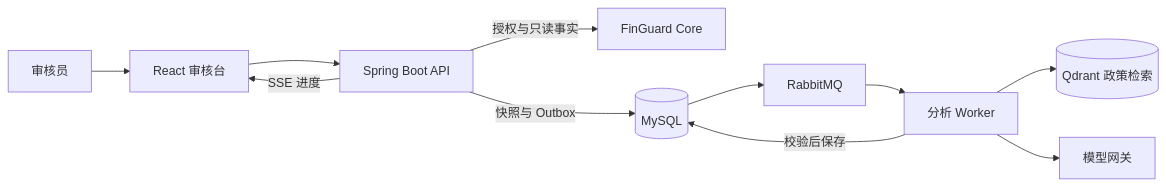
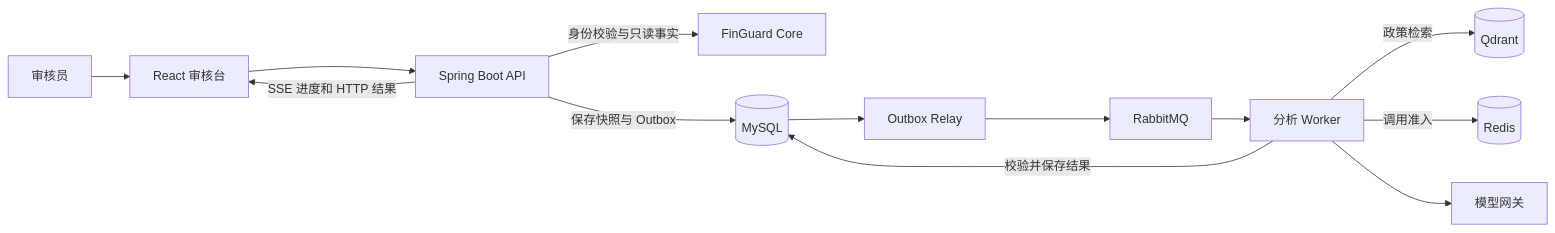
One commit to jkwang1129/finguard-copilot changed the diagram in README.md. Above: the diagram before and after it, drawn with Mermaid. The commit also changed other lines of this file and 1 other file, not shown here.

````diff
--- a/README.md
+++ b/README.md
@@ -32,13 +13,15 @@
 ```mermaid
 flowchart LR
     Reviewer[审核员] --> UI[React 审核台]
     UI --> API[Spring Boot API]
-    API -->|授权与只读事实| Core[FinGuard Core]
-    API -->|快照与 Outbox| DB[(MySQL)]
-    DB --> MQ[RabbitMQ]
+    API -->|身份校验与只读事实| Core[FinGuard Core]
+    API -->|保存快照与 Outbox| DB[(MySQL)]
+    DB --> Relay[Outbox Relay]
+    Relay --> MQ[RabbitMQ]
     MQ --> Worker[分析 Worker]
-    Worker --> Vector[(Qdrant 政策检索)]
+    Worker -->|政策检索| Vector[(Qdrant)]
+    Worker -->|调用准入| Redis[(Redis)]
     Worker --> Model[模型网关]
-    Worker -->|校验后保存| DB
-    API -->|SSE 进度| UI
+    Worker -->|校验并保存结果| DB
+    API -->|SSE 进度和 HTTP 结果| UI
 ```
````
